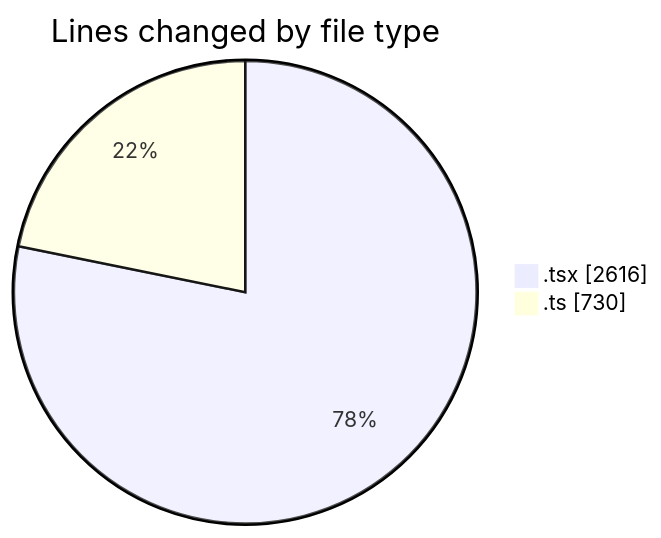
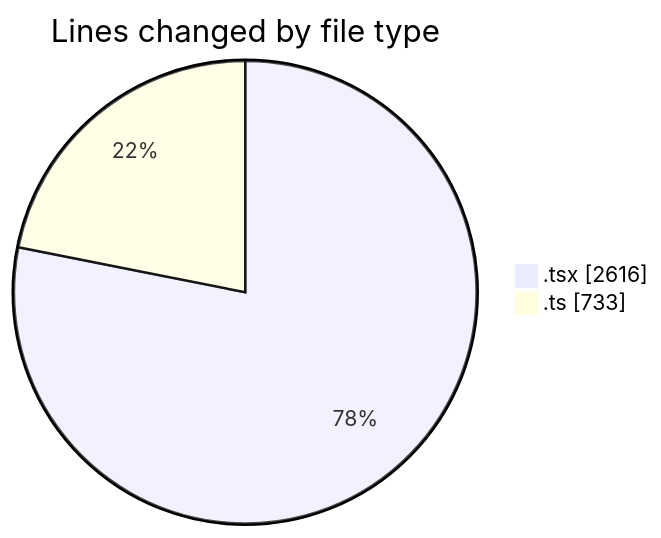
The first of 2 diagrams in 2026-04-03/nxtqube_webapp/README.md (nxtqubesakshisongat/code-tracking), drawn with Mermaid before and after one commit. The commit also changed other lines of this file and 1 other file, not shown here.

````diff
--- a/2026-04-03/nxtqube_webapp/README.md
+++ b/2026-04-03/nxtqube_webapp/README.md
@@ -23,6 +23,6 @@
 ```mermaid
 pie showData
 title Lines changed by file type
 ".tsx" : 2616
-".ts" : 730
+".ts" : 733
 ```
````
